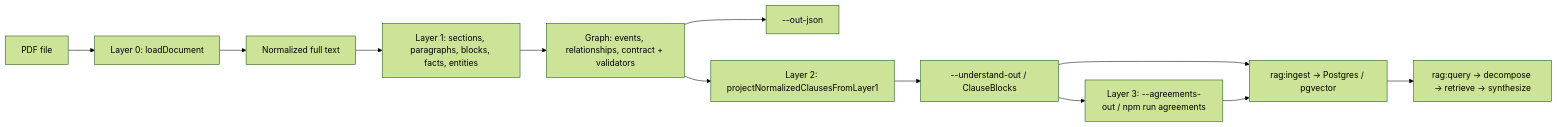
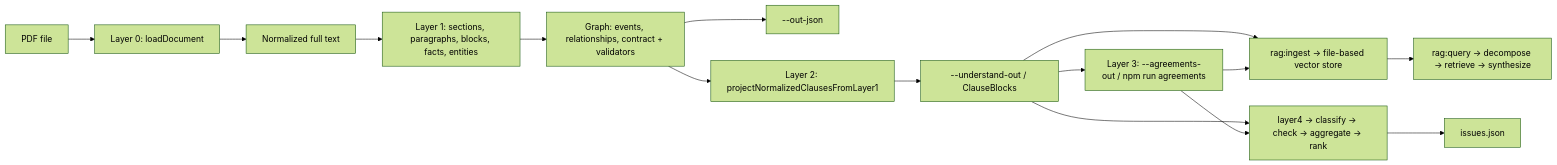
Before and after one commit to abhinavs-27/irving-test: the diagram in README.md, drawn with Mermaid (forest theme). The commit also changed other lines of this file and 11 other files, not shown here.

````diff
--- a/README.md
+++ b/README.md
@@ -156,14 +157,17 @@
 ```mermaid
 flowchart LR
   PDF[PDF file] --> L0[Layer 0: loadDocument]
   L0 --> T[Normalized full text]
   T --> L1A[Layer 1: sections, paragraphs, blocks, facts, entities]
   L1A --> L1B[Graph: events, relationships, contract + validators]
   L1B --> L1J[--out-json]
   L1B --> L2[Layer 2: projectNormalizedClausesFromLayer1]
   L2 --> L2J[--understand-out / ClauseBlocks]
   L2J --> L3[Layer 3: --agreements-out / npm run agreements]
-  L2J --> RAG[rag:ingest → Postgres / pgvector]
+  L2J --> RAG[rag:ingest → file-based vector store]
   L3 --> RAG
   RAG --> Q[rag:query → decompose → retrieve → synthesize]
+  L2J --> L4[layer4 → classify → check → aggregate → rank]
+  L3 --> L4
+  L4 --> IR[issues.json]
 ```
````
